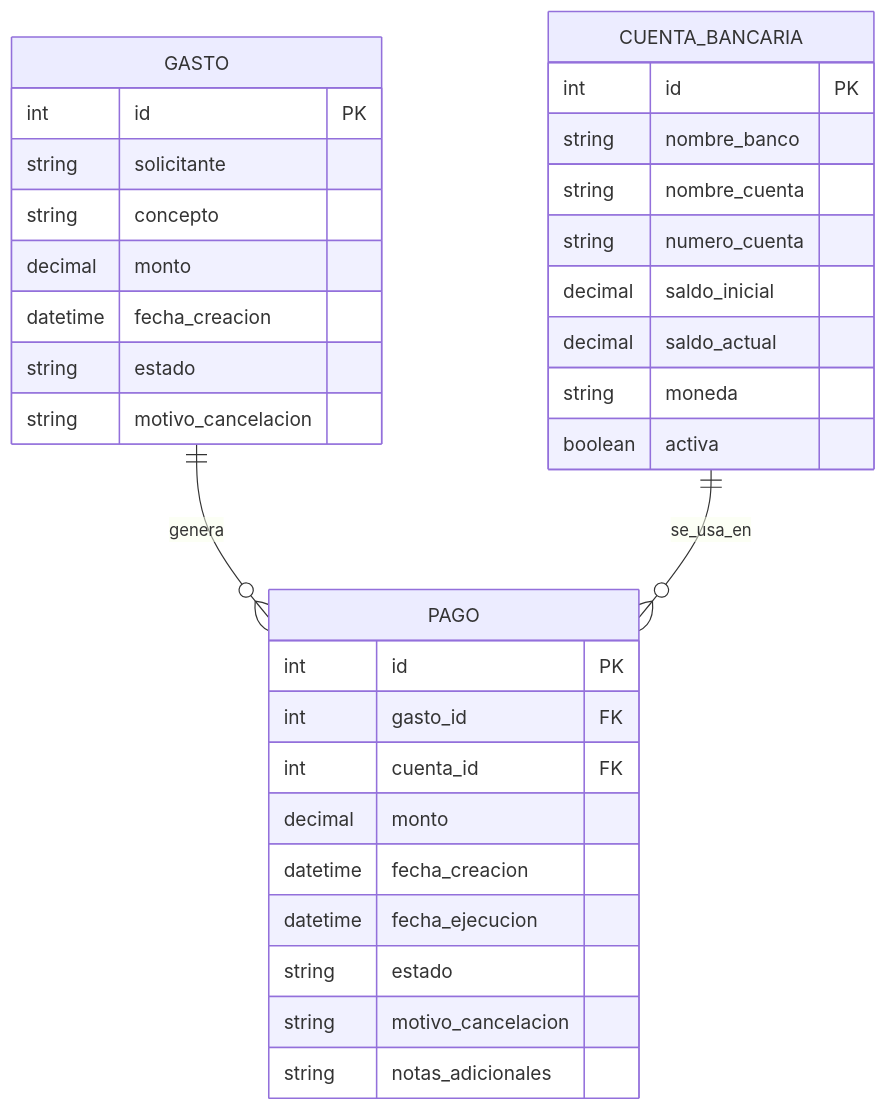
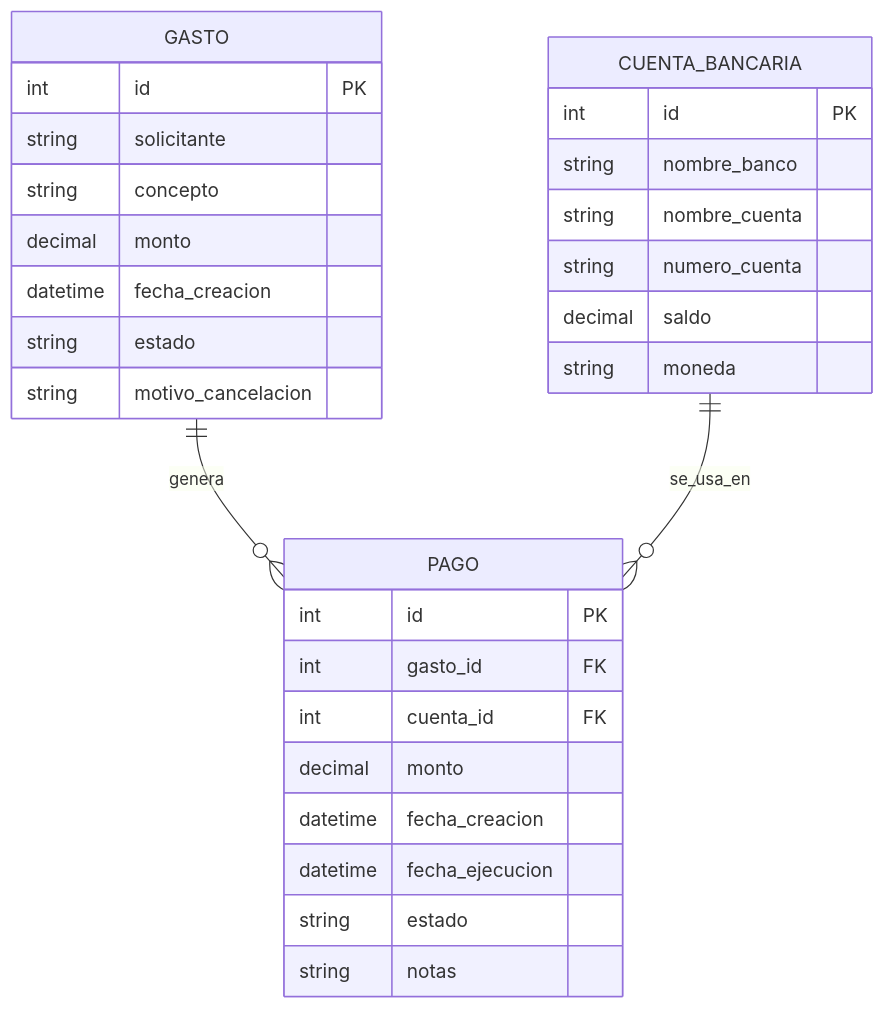
One commit to IsaacDrp/RGVV-Soluciones-Evaluacion changed the third of 3 diagrams in README.md. Above: the diagram before and after it, drawn with Mermaid.

Commit message:
correccion de diagrama ER

````diff
--- a/README.md
+++ b/README.md
@@ -154,38 +154,35 @@
 ```mermaid
 erDiagram
     GASTO {
         int id PK
         string solicitante
         string concepto
         decimal monto
         datetime fecha_creacion
         string estado
         string motivo_cancelacion
     }
 
     PAGO {
         int id PK
         int gasto_id FK
         int cuenta_id FK
         decimal monto
         datetime fecha_creacion
         datetime fecha_ejecucion
         string estado
-        string motivo_cancelacion
-        string notas_adicionales
+        string notas
     }
 
     CUENTA_BANCARIA {
         int id PK
         string nombre_banco
         string nombre_cuenta
         string numero_cuenta
-        decimal saldo_inicial
-        decimal saldo_actual
+        decimal saldo
         string moneda
-        boolean activa
     }
 
     GASTO ||--o{ PAGO : genera
     CUENTA_BANCARIA ||--o{ PAGO : se_usa_en
 ```
````
